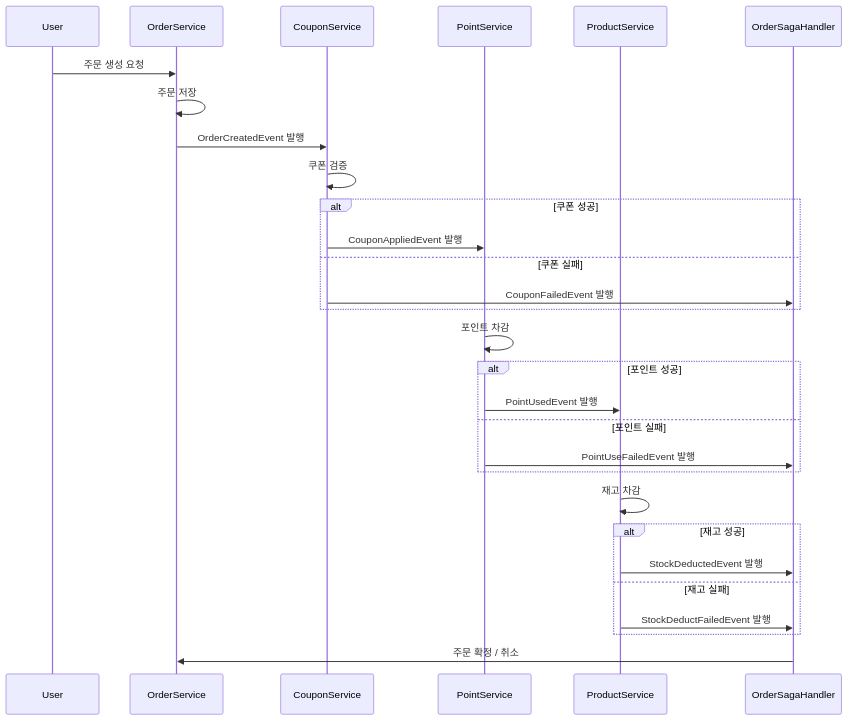
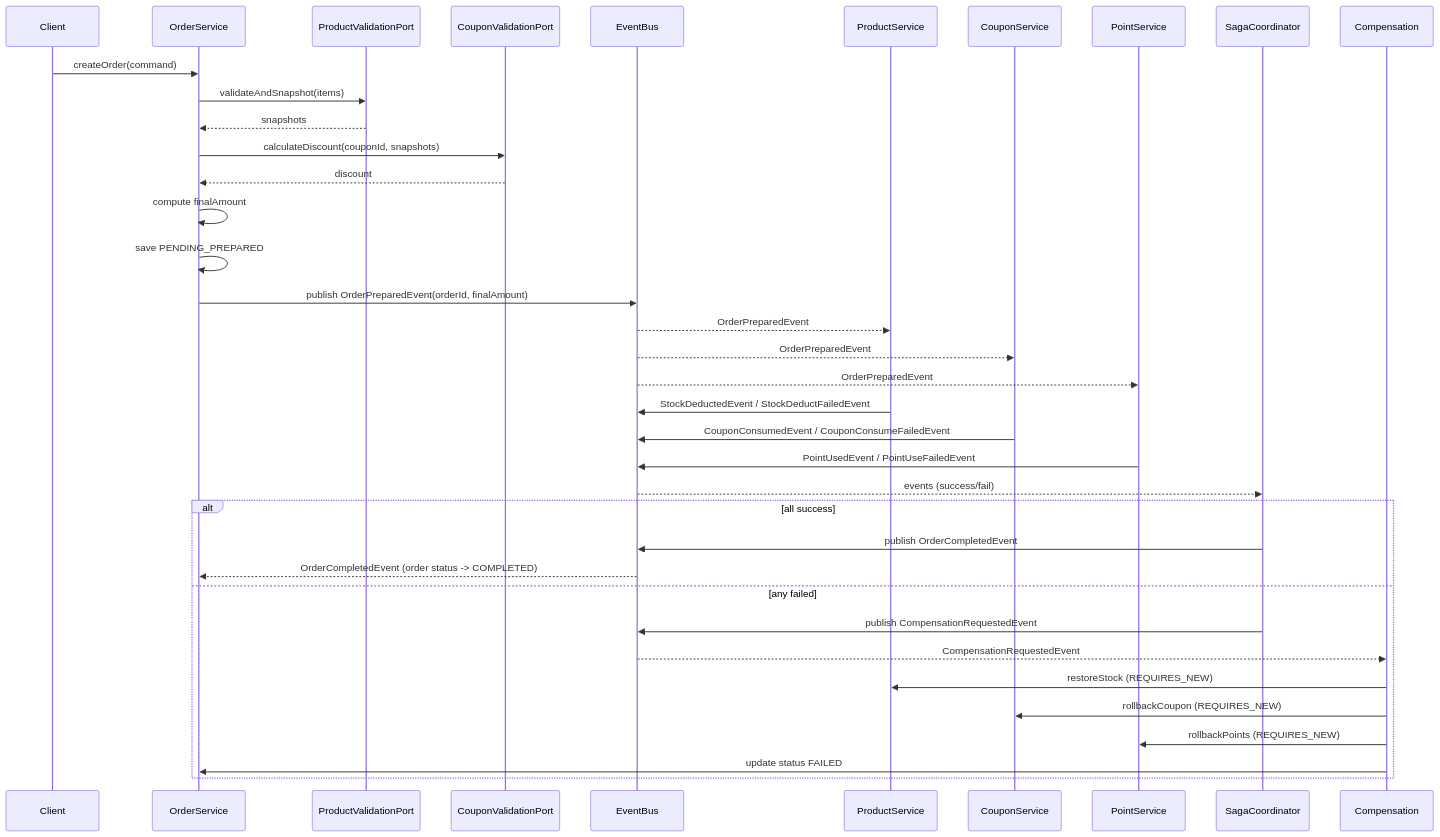
The second of 2 diagrams in docs/11_distributed_transaction_diagnosis_and_design.md (eunsol-an/e-commerce-server), drawn with Mermaid before and after one commit. The commit also changed other lines of this file, not shown here.

````diff
--- a/docs/11_distributed_transaction_diagnosis_and_design.md
+++ b/docs/11_distributed_transaction_diagnosis_and_design.md
@@ -181,36 +225,43 @@
 ```mermaid
 sequenceDiagram
-    participant User
-    participant OrderService
-    participant CouponService
-    participant PointService
-    participant ProductService
-    participant OrderSagaHandler
+  participant Client
+  participant OrderService
+  participant ProductValidationPort
+  participant CouponValidationPort
+  participant EventBus
+  participant ProductService
+  participant CouponService
+  participant PointService
+  participant SagaCoordinator
+  participant Compensation
 
-    User->>OrderService: 주문 생성 요청
-    OrderService->>OrderService: 주문 저장
-    OrderService->>CouponService: OrderCreatedEvent 발행
-    CouponService->>CouponService: 쿠폰 검증
-    alt 쿠폰 성공
-        CouponService->>PointService: CouponAppliedEvent 발행
-    else 쿠폰 실패
-        CouponService->>OrderSagaHandler: CouponFailedEvent 발행
-    end
+  Client->>OrderService: createOrder(command)
+  OrderService->>ProductValidationPort: validateAndSnapshot(items)
+  ProductValidationPort-->>OrderService: snapshots
+  OrderService->>CouponValidationPort: calculateDiscount(couponId, snapshots)
+  CouponValidationPort-->>OrderService: discount
+  OrderService->>OrderService: compute finalAmount;
+  OrderService->>OrderService: save PENDING_PREPARED;
+  OrderService->>EventBus: publish OrderPreparedEvent(orderId, finalAmount)
+  EventBus-->>ProductService: OrderPreparedEvent
+  EventBus-->>CouponService: OrderPreparedEvent
+  EventBus-->>PointService: OrderPreparedEvent
 
-    PointService->>PointService: 포인트 차감
-    alt 포인트 성공
-        PointService->>ProductService: PointUsedEvent 발행
-    else 포인트 실패
-        PointService->>OrderSagaHandler: PointUseFailedEvent 발행
-    end
+  ProductService->>EventBus: StockDeductedEvent / StockDeductFailedEvent
+  CouponService->>EventBus: CouponConsumedEvent / CouponConsumeFailedEvent
+  PointService->>EventBus: PointUsedEvent / PointUseFailedEvent
 
-    ProductService->>ProductService: 재고 차감
-    alt 재고 성공
-        ProductService->>OrderSagaHandler: StockDeductedEvent 발행
-    else 재고 실패
-        ProductService->>OrderSagaHandler: StockDeductFailedEvent 발행
-    end
-
-    OrderSagaHandler->>OrderService: 주문 확정 / 취소
+  EventBus-->>SagaCoordinator: events (success/fail)
+  alt all success
+    SagaCoordinator->>EventBus: publish OrderCompletedEvent
+    EventBus-->>OrderService: OrderCompletedEvent (order status -> COMPLETED)
+  else any failed
+    SagaCoordinator->>EventBus: publish CompensationRequestedEvent
+    EventBus-->>Compensation: CompensationRequestedEvent
+    Compensation->>ProductService: restoreStock (REQUIRES_NEW)
+    Compensation->>CouponService: rollbackCoupon (REQUIRES_NEW)
+    Compensation->>PointService: rollbackPoints (REQUIRES_NEW)
+    Compensation->>OrderService: update status FAILED
+  end
 
 ```
````
